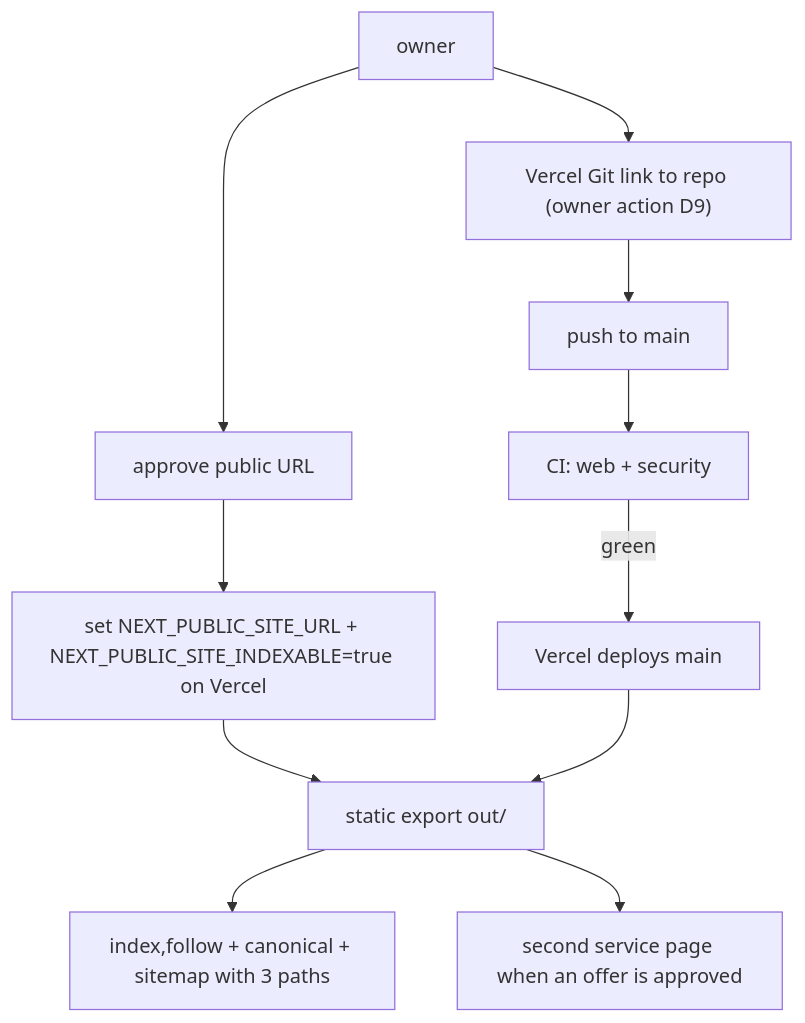
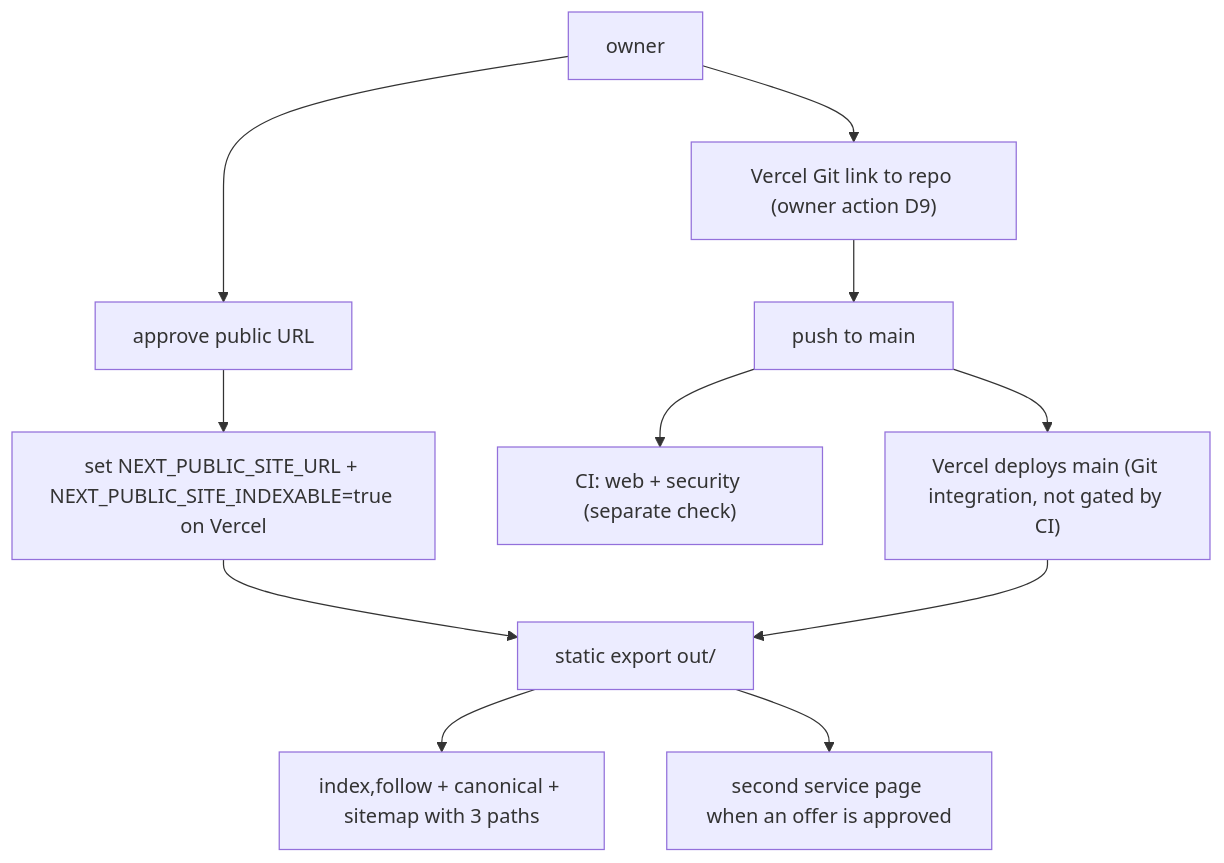
Before and after one commit to bookchaowalit-agency/agency-real-estate-web: the second of 2 diagrams in docs/diagrams/01-business-process.md, drawn with Mermaid. The commit also changed other lines of this file, not shown here.

````diff
--- a/docs/diagrams/01-business-process.md
+++ b/docs/diagrams/01-business-process.md
@@ -46,13 +46,13 @@
 ```mermaid
 flowchart TD
   OWNER["owner"] --> GITLINK["Vercel Git link to repo (owner action D9)"]
   GITLINK --> PUSH["push to main"]
-  PUSH --> CI["CI: web + security"]
-  CI -->|green| DEPLOY["Vercel deploys main"]
+  PUSH --> DEPLOY["Vercel deploys main (Git integration, not gated by CI)"]
+  PUSH --> CI["CI: web + security (separate check)"]
   OWNER --> URL["approve public URL"]
   URL --> ENV["set NEXT_PUBLIC_SITE_URL + NEXT_PUBLIC_SITE_INDEXABLE=true on Vercel"]
   ENV --> BUILD["static export out/"]
   DEPLOY --> BUILD
   BUILD --> IDX["index,follow + canonical + sitemap with 3 paths"]
   BUILD --> SVC2["second service page when an offer is approved"]
 ```
````
